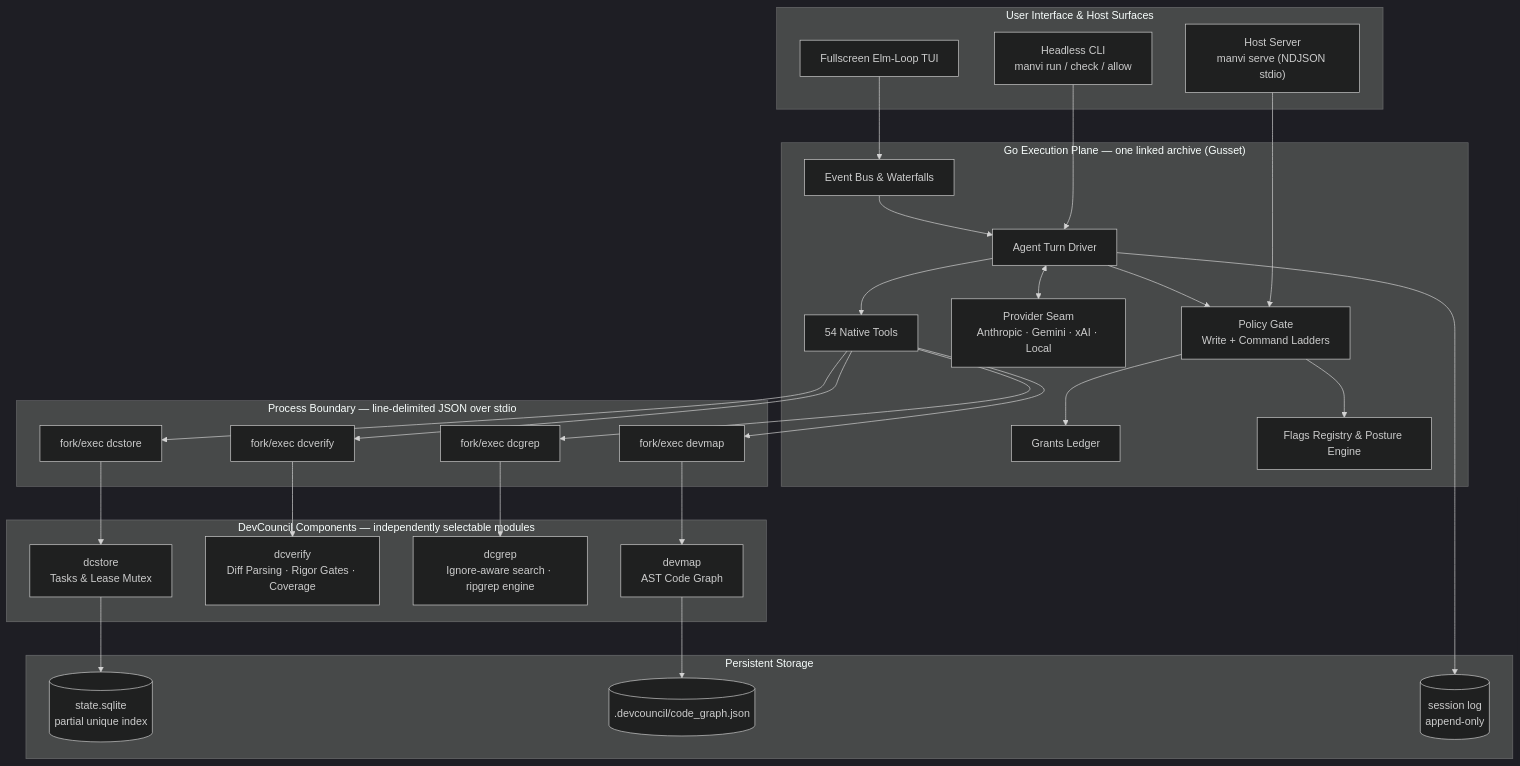
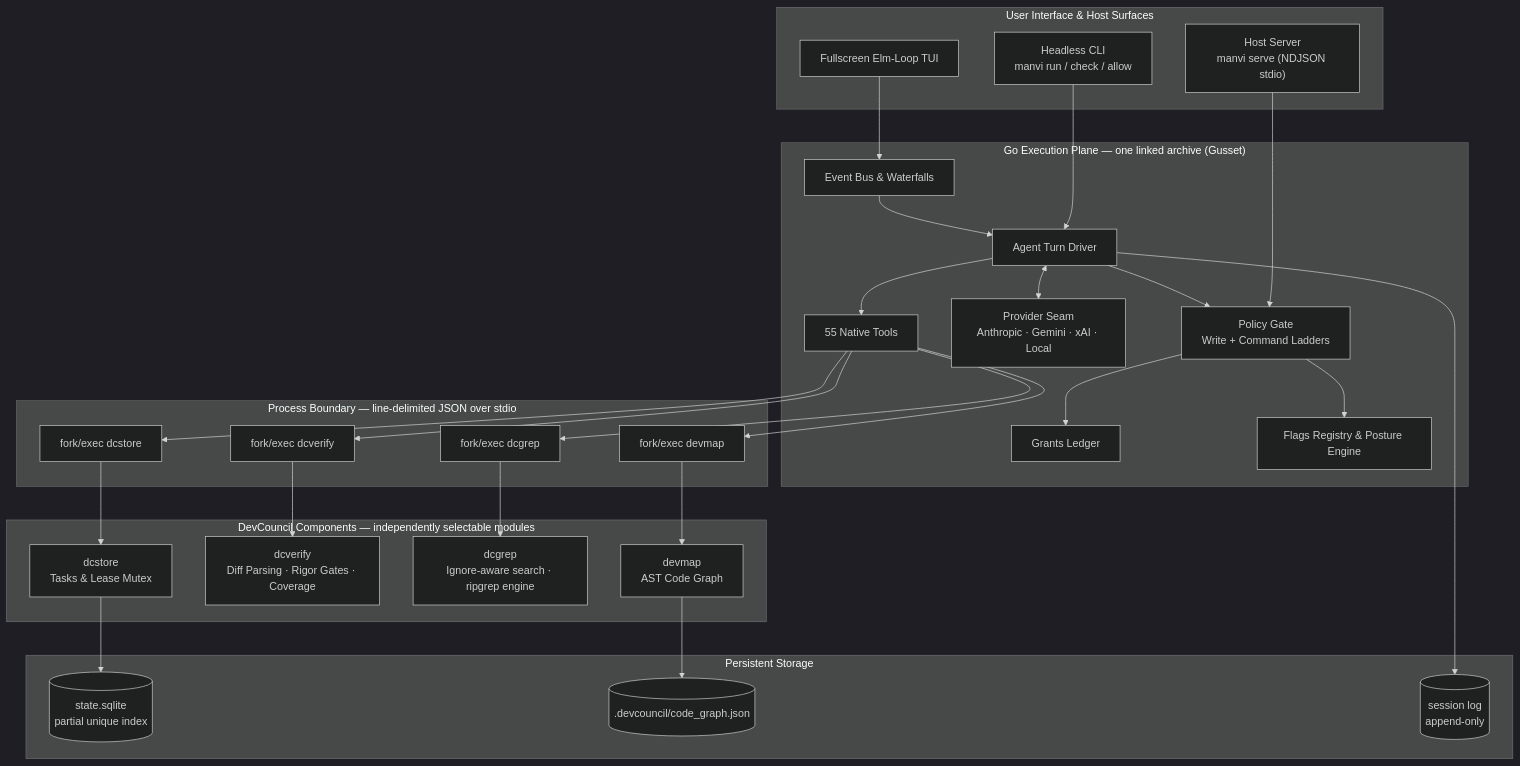
Before and after one commit to bharathvbcr/Manvi: the first of 9 diagrams in README.md, drawn with Mermaid (dark theme). The commit also changed other lines of this file and 26 other files, not shown here.

````diff
--- a/README.md
+++ b/README.md
@@ -57,56 +57,56 @@
 ```mermaid
 flowchart TB
     subgraph UI["User Interface & Host Surfaces"]
         TUI["Fullscreen Elm-Loop TUI"]
         CLI["Headless CLI<br/>manvi run / check / allow"]
         Serve["Host Server<br/>manvi serve (NDJSON stdio)"]
     end
 
     subgraph GoPlane["Go Execution Plane — one linked archive (Gusset)"]
         Bus["Event Bus & Waterfalls"]
         AgentLoop["Agent Turn Driver"]
         Gate["Policy Gate<br/>Write + Command Ladders"]
         Grants["Grants Ledger"]
         Registry["Flags Registry & Posture Engine"]
         Providers["Provider Seam<br/>Anthropic · Gemini · xAI · Local"]
-        Tools["54 Native Tools"]
+        Tools["55 Native Tools"]
     end
 
     subgraph Boundary["Process Boundary — line-delimited JSON over stdio"]
         P1["fork/exec dcstore"]
         P2["fork/exec dcverify"]
         P3["fork/exec devmap"]
         P4["fork/exec dcgrep"]
     end
 
     subgraph Components["DevCouncil Components — independently selectable modules"]
         DCStore["dcstore<br/>Tasks & Lease Mutex"]
         DCVerify["dcverify<br/>Diff Parsing · Rigor Gates · Coverage"]
         DCGrep["dcgrep<br/>Ignore-aware search · ripgrep engine"]
         DevMap["devmap<br/>AST Code Graph"]
     end
 
     subgraph Storage["Persistent Storage"]
         SQLite[("state.sqlite<br/>partial unique index")]
         CodeGraph[(".devcouncil/code_graph.json")]
         SessionLog[("session log<br/>append-only")]
     end
 
     TUI --> Bus
     CLI --> AgentLoop
     Serve --> Gate
     Bus --> AgentLoop
     AgentLoop --> Gate
     Gate --> Grants
     Gate --> Registry
     AgentLoop <--> Providers
     AgentLoop --> Tools
     AgentLoop --> SessionLog
     Tools --> P1 & P2 & P3 & P4
     P1 --> DCStore
     P2 --> DCVerify
     P3 --> DevMap
     P4 --> DCGrep
     DCStore --> SQLite
     DevMap --> CodeGraph
 ```
````
